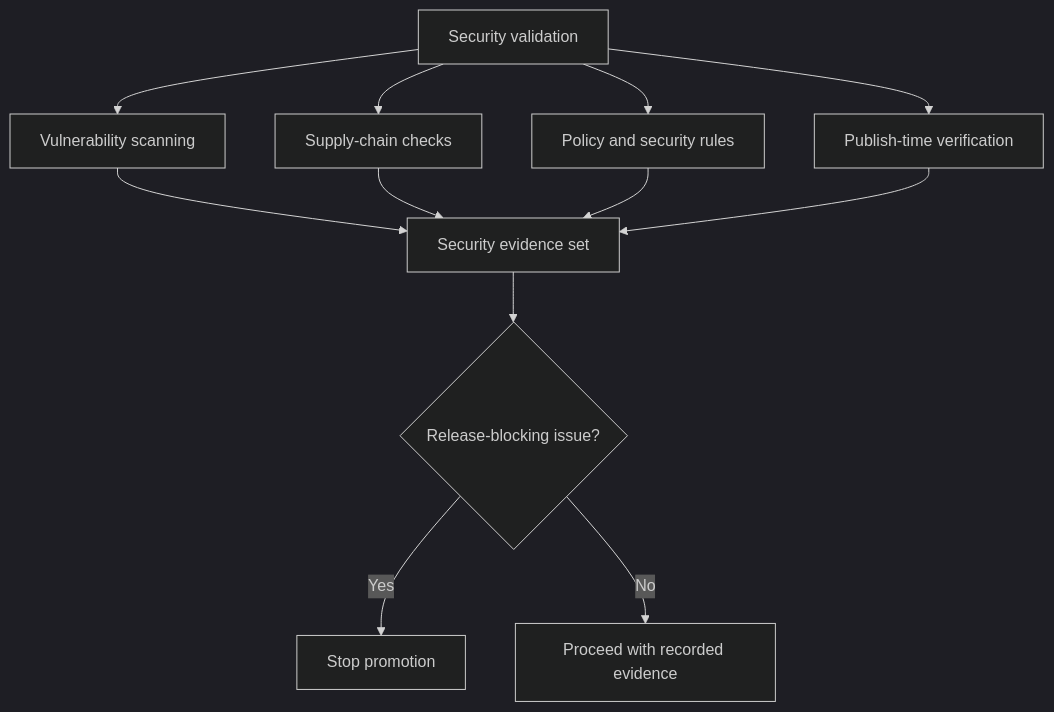
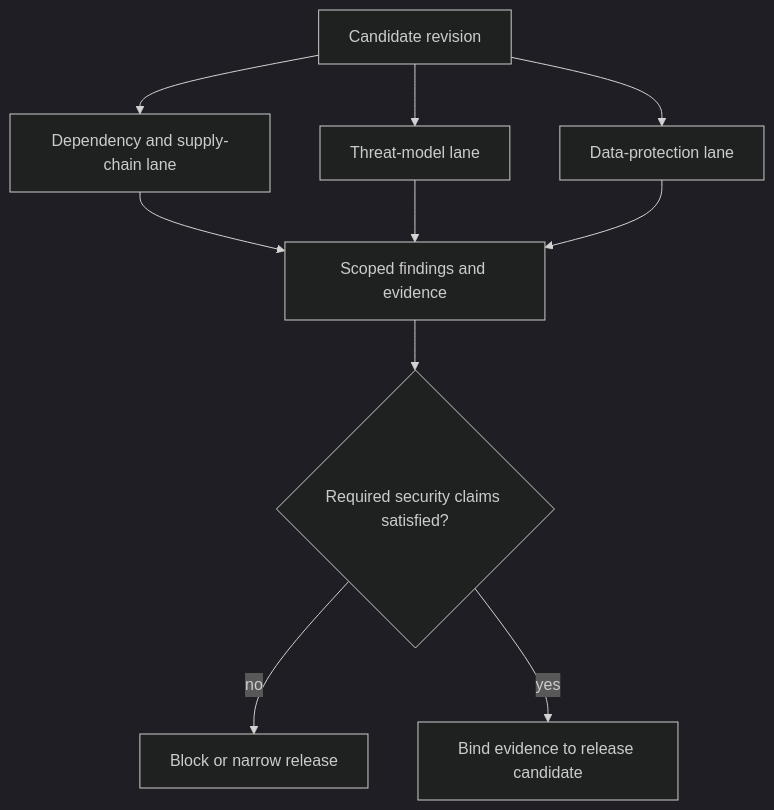
The diagram in docs/bijux-atlas-dev/delivery/security-validation-lanes.md (bijux/bijux-atlas), drawn with Mermaid (dark theme) before and after one commit. The commit also changed other lines of this file and 2 other files, not shown here.

Commit message:
docs(delivery): expose readiness and security evidence limits

````diff
--- a/docs/bijux-atlas-dev/delivery/security-validation-lanes.md
+++ b/docs/bijux-atlas-dev/delivery/security-validation-lanes.md
@@ -17,16 +24,12 @@
 ```mermaid
 flowchart TD
-    Security[Security validation] --> Vulnerability[Vulnerability scanning]
-    Security --> SupplyChain[Supply-chain checks]
-    Security --> Policy[Policy and security rules]
-    Security --> Publish[Publish-time verification]
-
-    Vulnerability --> Evidence[Security evidence set]
-    SupplyChain --> Evidence
-    Policy --> Evidence
-    Publish --> Evidence
-
-    Evidence --> Block{Release-blocking issue?}
-    Block -- Yes --> Stop[Stop promotion]
-    Block -- No --> Proceed[Proceed with recorded evidence]
+    Candidate[Candidate revision] --> Supply[Dependency and supply-chain lane]
+    Candidate --> Threat[Threat-model lane]
+    Candidate --> Data[Data-protection lane]
+    Supply --> Findings[Scoped findings and evidence]
+    Threat --> Findings
+    Data --> Findings
+    Findings --> Decision{Required security claims satisfied?}
+    Decision -->|no| Block[Block or narrow release]
+    Decision -->|yes| Bind[Bind evidence to release candidate]
 ```
````
